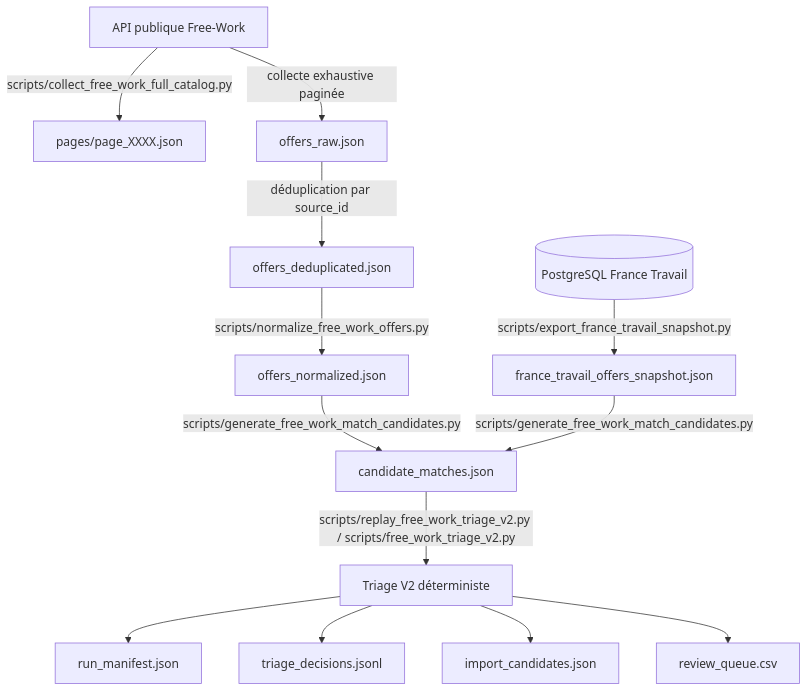
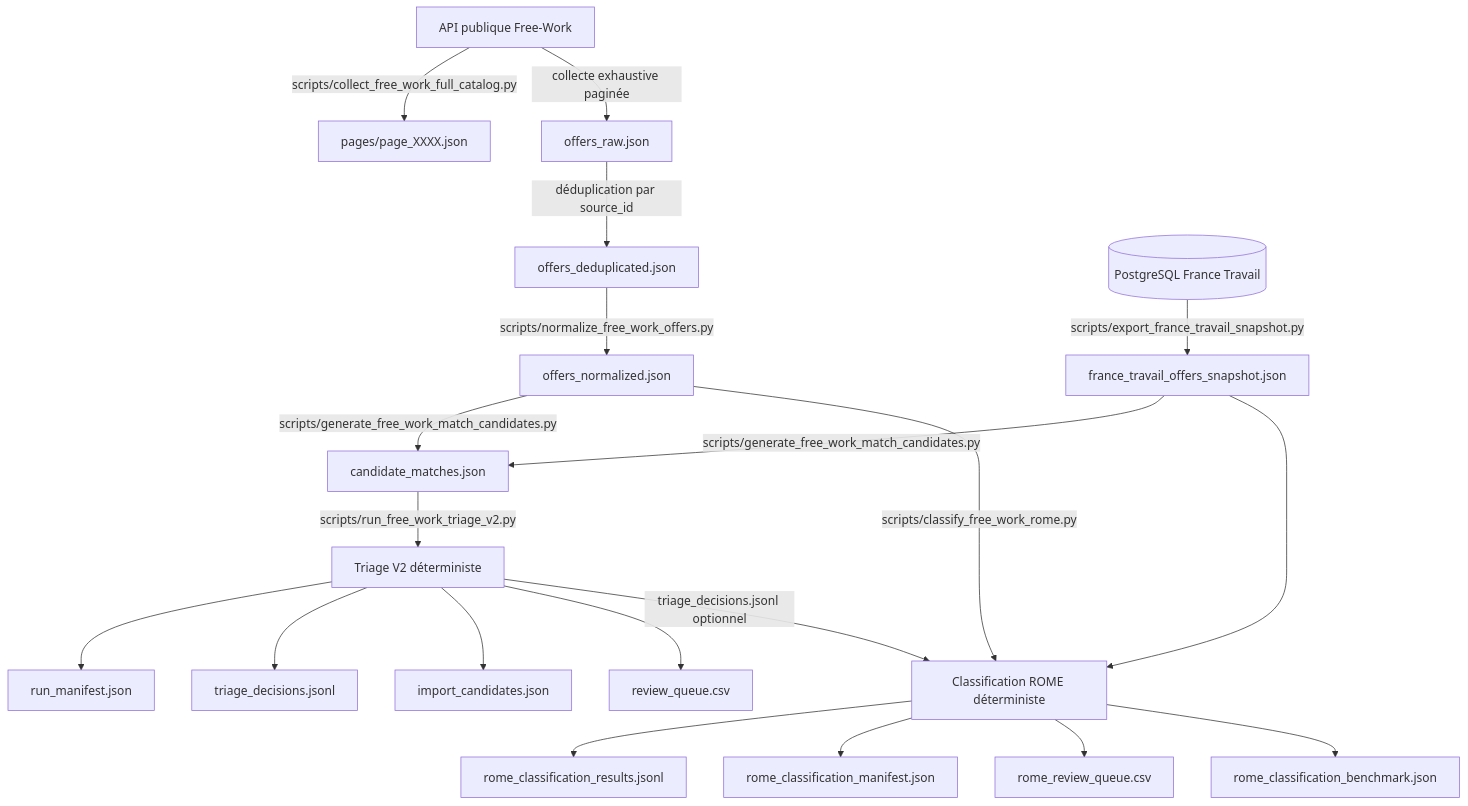
Before and after one commit to cmoileboss/observia-emploi: the second of 4 diagrams in README.md, drawn with Mermaid. The commit also changed other lines of this file, not shown here.

Commit message:
docs: update Free-Work pipeline status

````diff
--- a/README.md
+++ b/README.md
@@ -66,16 +67,23 @@
 ```mermaid
 flowchart TD
     FWAPI[API publique Free-Work] -->|scripts/collect_free_work_full_catalog.py| Pages[pages/page_XXXX.json]
     FWAPI -->|collecte exhaustive paginée| Raw[offers_raw.json]
     Raw -->|déduplication par source_id| Dedup[offers_deduplicated.json]
     Dedup -->|scripts/normalize_free_work_offers.py| Norm[offers_normalized.json]
 
     DB[(PostgreSQL France Travail)] -->|scripts/export_france_travail_snapshot.py| FTSnap[france_travail_offers_snapshot.json]
     Norm -->|scripts/generate_free_work_match_candidates.py| Match[candidate_matches.json]
     FTSnap -->|scripts/generate_free_work_match_candidates.py| Match
-    Match -->|scripts/replay_free_work_triage_v2.py / scripts/free_work_triage_v2.py| Triage[Triage V2 déterministe]
+    Match -->|scripts/run_free_work_triage_v2.py| Triage[Triage V2 déterministe]
     Triage --> Manifest[run_manifest.json]
     Triage --> Decisions[triage_decisions.jsonl]
     Triage --> Imports[import_candidates.json]
     Triage --> Review[review_queue.csv]
+    Norm -->|scripts/classify_free_work_rome.py| Rome[Classification ROME déterministe]
+    FTSnap --> Rome
+    Triage -->|triage_decisions.jsonl optionnel| Rome
+    Rome --> RomeResults[rome_classification_results.jsonl]
+    Rome --> RomeManifest[rome_classification_manifest.json]
+    Rome --> RomeReview[rome_review_queue.csv]
+    Rome --> RomeBenchmark[rome_classification_benchmark.json]
 ```
````
